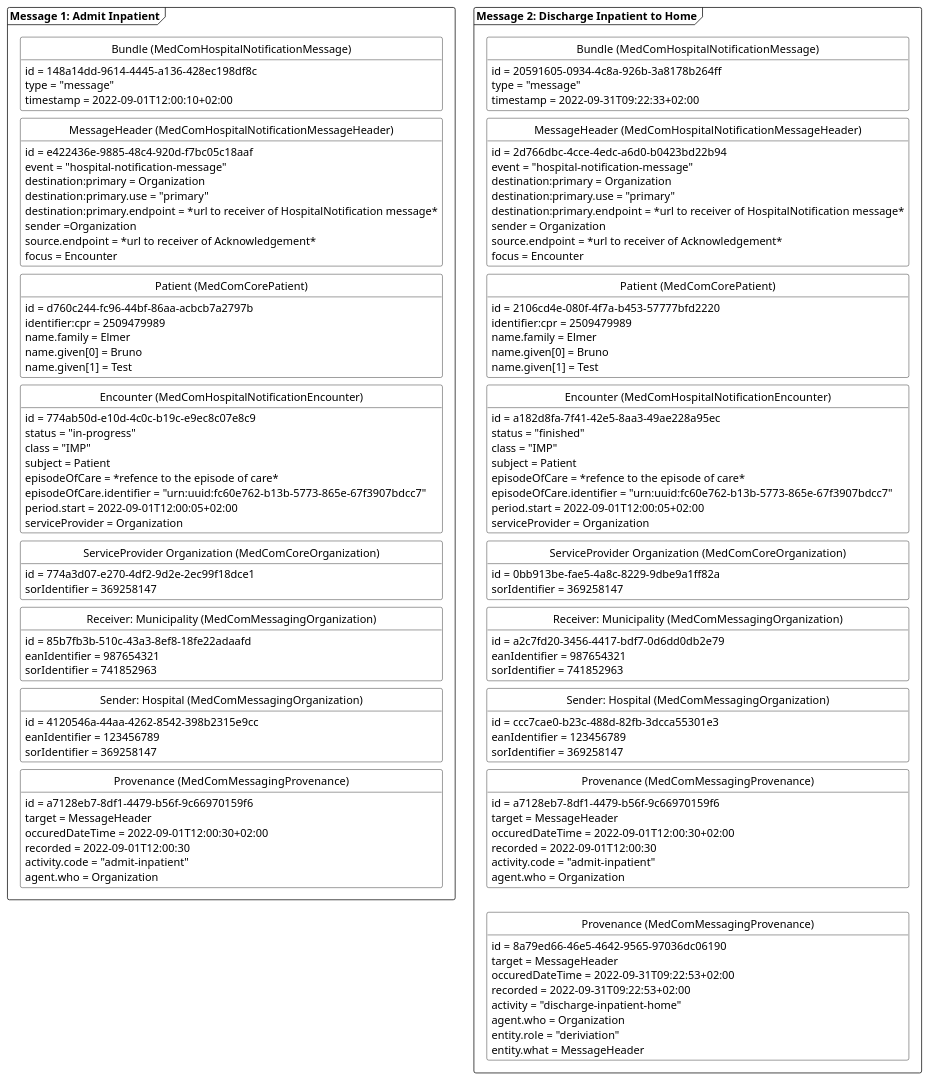
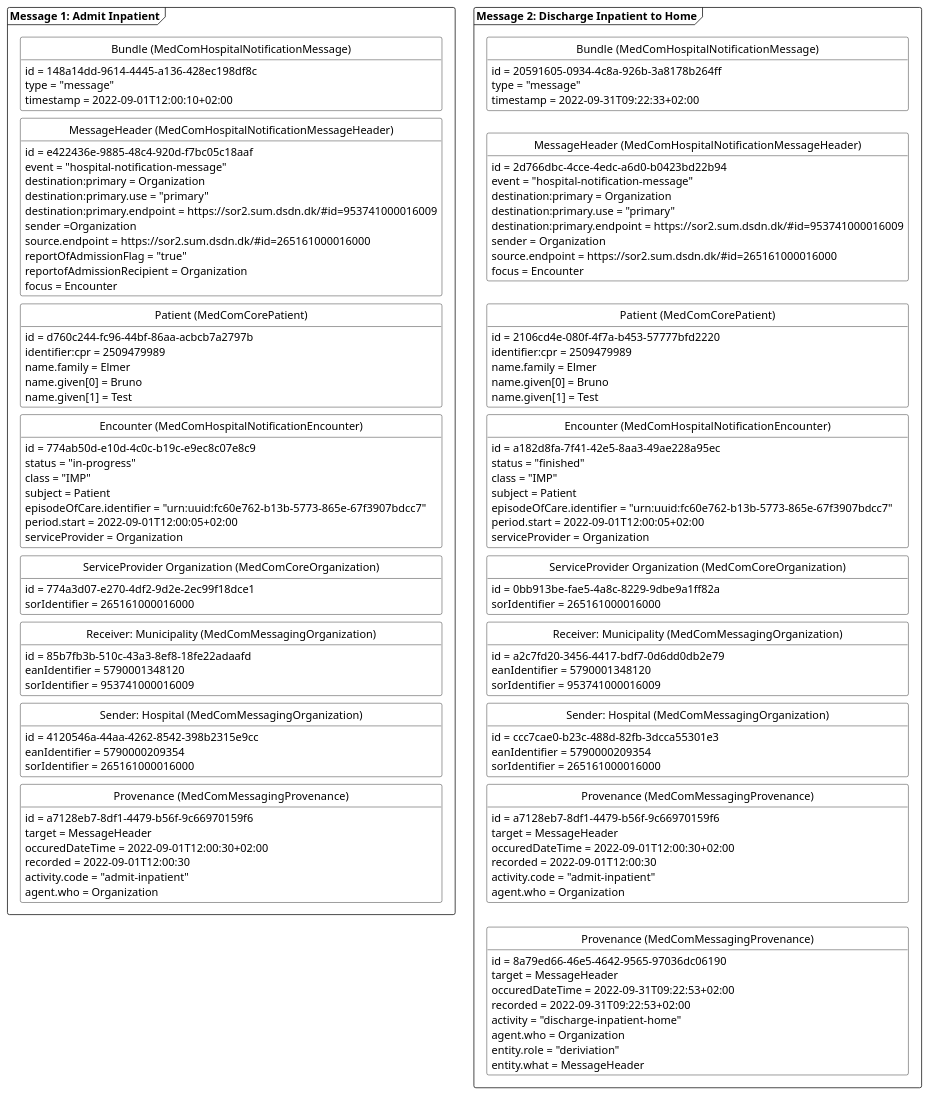
One commit to medcomdk/dk-medcom-hospitalnotification changed the diagram in puml/HospitalNotificationAdmitFinish.puml. Above: the diagram before and after it, drawn with PlantUML. The commit also changed 2 other files, not shown here.

```diff
--- a/puml/HospitalNotificationAdmitFinish.puml
+++ b/puml/HospitalNotificationAdmitFinish.puml
@@ -1,165 +1,165 @@
 @startuml HNAdmitFinish
 
 'layout
 skinparam class {
     BackgroundColor White
     BorderColor Black
     ArrowColor Black
   }
 hide circle
 hide empty members
 skinparam SameClassWidth true
 skinparam Ranksep 10
 
 
 'title
 'title Simplified example: Admit and Discharge Inpatient
 
 'Message 1: Admit inpatient
 package "Message 1: Admit Inpatient" as admit <<Frame>>{
     class "Bundle (MedComHospitalNotificationMessage)" as admitB{
         id = 148a14dd-9614-4445-a136-428ec198df8c
         type = "message"
         timestamp = 2022-09-01T12:00:10+02:00
     }
     class "MessageHeader (MedComHospitalNotificationMessageHeader)" as admitMH{
         id = e422436e-9885-48c4-920d-f7bc05c18aaf
         event = "hospital-notification-message"
         destination:primary = Organization
         destination:primary.use = "primary"
-        destination:primary.endpoint = *url to receiver of HospitalNotification message*
+        destination:primary.endpoint = https://sor2.sum.dsdn.dk/#id=953741000016009
         sender =Organization
-        source.endpoint = *url to receiver of Acknowledgement*
+        source.endpoint = https://sor2.sum.dsdn.dk/#id=265161000016000
+        reportOfAdmissionFlag = "true"
+        reportofAdmissionRecipient = Organization
         focus = Encounter
     }
     class "Patient (MedComCorePatient)" as admitPT{
         id = d760c244-fc96-44bf-86aa-acbcb7a2797b
         identifier:cpr = 2509479989
         name.family = Elmer
         name.given[0] = Bruno
         name.given[1] = Test
     }
     class "Encounter (MedComHospitalNotificationEncounter)" as admitENC{
         id = 774ab50d-e10d-4c0c-b19c-e9ec8c07e8c9
         status = "in-progress"
         class = "IMP"
         subject = Patient
-        episodeOfCare = *refence to the episode of care*
         episodeOfCare.identifier = "urn:uuid:fc60e762-b13b-5773-865e-67f3907bdcc7"
         period.start = 2022-09-01T12:00:05+02:00
         serviceProvider = Organization
     }    
     class "ServiceProvider Organization (MedComCoreOrganization)" as admitSPOrg{
         id = 774a3d07-e270-4df2-9d2e-2ec99f18dce1
-        sorIdentifier = 369258147
+        sorIdentifier = 265161000016000
     }
     class "Receiver: Municipality (MedComMessagingOrganization)" as admitROrg{
         id = 85b7fb3b-510c-43a3-8ef8-18fe22adaafd
-        eanIdentifier = 987654321
-        sorIdentifier = 741852963
+        eanIdentifier = 5790001348120
+        sorIdentifier = 953741000016009
     }
     class "Sender: Hospital (MedComMessagingOrganization)" as admitSOrg{
         id = 4120546a-44aa-4262-8542-398b2315e9cc
-        eanIdentifier = 123456789
-        sorIdentifier = 369258147
+        eanIdentifier = 5790000209354
+        sorIdentifier = 265161000016000
     }
     class "Provenance  (MedComMessagingProvenance)" as admitPRO{
         id = a7128eb7-8df1-4479-b56f-9c66970159f6
         target = MessageHeader
         occuredDateTime = 2022-09-01T12:00:30+02:00
         recorded = 2022-09-01T12:00:30
         activity.code = "admit-inpatient"
         agent.who = Organization
     }
 
 admitB -[hidden]- admitMH
 admitMH-[hidden]-admitPT
 admitPT-[hidden]-admitENC
 admitENC-[hidden]-admitSPOrg
 admitSPOrg-[hidden]-admitROrg
 admitROrg-[hidden]-admitSOrg
 admitSOrg-[hidden]-admitPRO
 }
 
 'Message 2: Finished inpatient
 package "Message 2: Discharge Inpatient to Home" as finished <<Frame>>{
     class "Bundle  (MedComHospitalNotificationMessage)" as finishedB{
         id = 20591605-0934-4c8a-926b-3a8178b264ff
         type = "message"
         timestamp = 2022-09-31T09:22:33+02:00
     }
     class "MessageHeader  (MedComHospitalNotificationMessageHeader)" as finishedMH{
         id = 2d766dbc-4cce-4edc-a6d0-b0423bd22b94
         event = "hospital-notification-message"
         destination:primary = Organization
         destination:primary.use = "primary"
-        destination:primary.endpoint = *url to receiver of HospitalNotification message*
+        destination:primary.endpoint = https://sor2.sum.dsdn.dk/#id=953741000016009
         sender = Organization
-        source.endpoint = *url to receiver of Acknowledgement*
+        source.endpoint = https://sor2.sum.dsdn.dk/#id=265161000016000 
         focus = Encounter
     }
     class "Patient  (MedComCorePatient)" as finishedPT{
         id = 2106cd4e-080f-4f7a-b453-57777bfd2220
         identifier:cpr = 2509479989
         name.family = Elmer
         name.given[0] = Bruno
         name.given[1] = Test
     }
     class "Encounter  (MedComHospitalNotificationEncounter)" as finishedENC{
         id = a182d8fa-7f41-42e5-8aa3-49ae228a95ec
         status = "finished"
         class = "IMP"
         subject = Patient
-        episodeOfCare = *refence to the episode of care*
         episodeOfCare.identifier = "urn:uuid:fc60e762-b13b-5773-865e-67f3907bdcc7"
         period.start = 2022-09-01T12:00:05+02:00
         serviceProvider = Organization
     }
     class "ServiceProvider Organization (MedComCoreOrganization)" as finishedSPOrg{
         id = 0bb913be-fae5-4a8c-8229-9dbe9a1ff82a
-        sorIdentifier = 369258147
+        sorIdentifier = 265161000016000
     }    
     class "Receiver: Municipality (MedComMessagingOrganization)" as finishedROrg{
         id = a2c7fd20-3456-4417-bdf7-0d6dd0db2e79
-        eanIdentifier = 987654321
-        sorIdentifier = 741852963
+        eanIdentifier = 5790001348120
+        sorIdentifier = 953741000016009
     }
     class "Sender: Hospital (MedComMessagingOrganization)" as finishedSOrg{
         id = ccc7cae0-b23c-488d-82fb-3dcca55301e3
-        eanIdentifier = 123456789
-        sorIdentifier = 369258147
+        eanIdentifier = 5790000209354
+        sorIdentifier = 265161000016000
     }    
     class "Provenance (MedComMessagingProvenance)" as admitfinishedPRO{
         id = a7128eb7-8df1-4479-b56f-9c66970159f6
         target = MessageHeader
         occuredDateTime = 2022-09-01T12:00:30+02:00
         recorded = 2022-09-01T12:00:30
         activity.code = "admit-inpatient"
         agent.who = Organization
     }
     class "Provenance (MedComMessagingProvenance)" as finishedPRO{
         id = 8a79ed66-46e5-4642-9565-97036dc06190        
         target = MessageHeader
         occuredDateTime = 2022-09-31T09:22:53+02:00
         recorded = 2022-09-31T09:22:53+02:00
         activity = "discharge-inpatient-home"
         agent.who = Organization
         entity.role = "deriviation"
         entity.what = MessageHeader
     }
 finishedB-[hidden]-finishedMH
 finishedMH-[hidden]-finishedPT
 finishedPT-[hidden]-finishedENC
 finishedENC-[hidden]-finishedSPOrg
 finishedSPOrg-[hidden]-finishedROrg
 finishedROrg-[hidden]-finishedSOrg
 finishedSOrg-[hidden]-admitfinishedPRO
 admitfinishedPRO-[hidden]-finishedPRO
 
 }
 
 ' pile mellem de to beskeder
 ' admit --> finished
 
 
 @enduml
```
